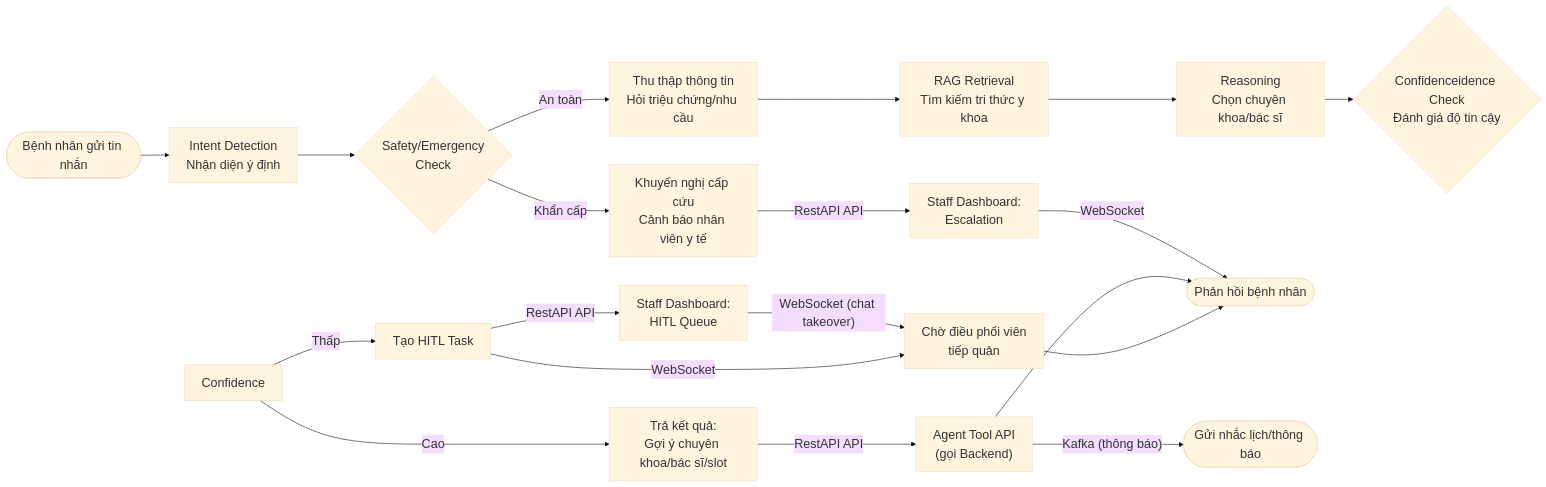
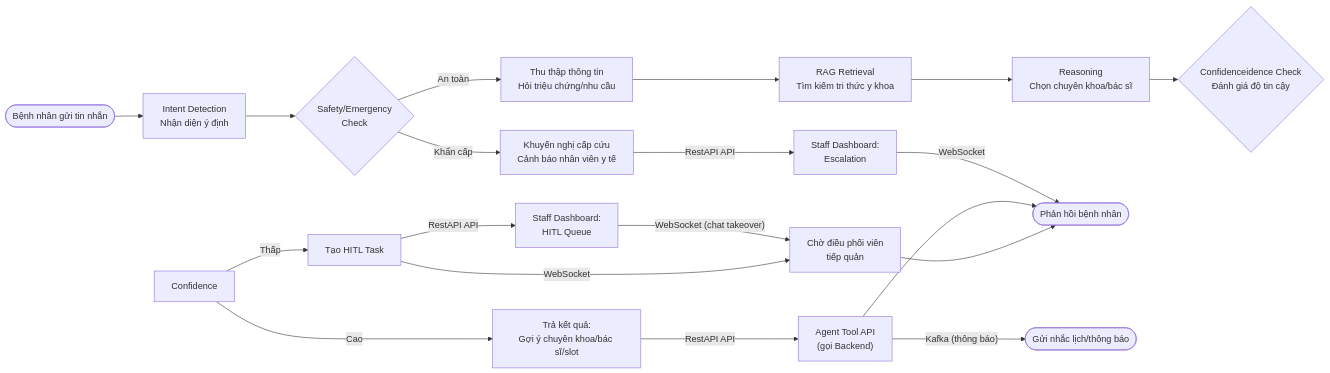
One commit to MaiVanTruong2310/T24-Build-Phase-AI-In-Action changed the second of 3 diagrams in ARCHITECTURE.md. Above: the diagram before and after it, drawn with Mermaid. The commit also changed other lines of this file, not shown here.

Commit message:
chore: cập nhật format diagram

````diff
--- a/ARCHITECTURE.md
+++ b/ARCHITECTURE.md
@@ -102,28 +101,27 @@
 ```mermaid
-%%{init: {'theme': 'base', 'themeVariables': {'fontSize': '22px'}}}%%
 flowchart LR
     Start(["Bệnh nhân gửi tin nhắn"]) --> Intent["Intent Detection<br/>Nhận diện ý định"]
     Intent --> Safety{"Safety/Emergency<br/>Check"}
 
     Safety -->|"Khẩn cấp"| Emg["Khuyến nghị cấp cứu<br/>Cảnh báo nhân viên y tế"]
     Emg -->|"RestAPI API"| HITL1["Staff Dashboard:<br/>Escalation"]
 
     Safety -->|"An toàn"| Gather["Thu thập thông tin<br/>Hỏi triệu chứng/nhu cầu"]
     Gather --> RAG["RAG Retrieval<br/>Tìm kiếm tri thức y khoa"]
     RAG --> Reason["Reasoning<br/>Chọn chuyên khoa/bác sĩ"]
     Reason --> Confidenceidence{"Confidenceidence Check<br/>Đánh giá độ tin cậy"}
 
     Confidence -->|"Cao"| Suggest["Trả kết quả:<br/>Gợi ý chuyên khoa/bác sĩ/slot"]
     Suggest -->|"RestAPI API"| ToolCall["Agent Tool API<br/>(gọi Backend)"]
 
     Confidence -->|"Thấp"| HandOff["Tạo HITL Task"]
     HandOff -->|"RestAPI API"| HITL2["Staff Dashboard:<br/>HITL Queue"]
     HandOff -->|"WebSocket"| Waiting["Chờ điều phối viên<br/>tiếp quản"]
 
     HITL2 -->|"WebSocket (chat takeover)"| Waiting
     Waiting --> Reply(["Phản hồi bệnh nhân"])
     ToolCall --> Reply
     HITL1 -->|"WebSocket"| Reply
 
     ToolCall -->|"Kafka (thông báo)"| Notify(["Gửi nhắc lịch/thông báo"])
 ```
````
